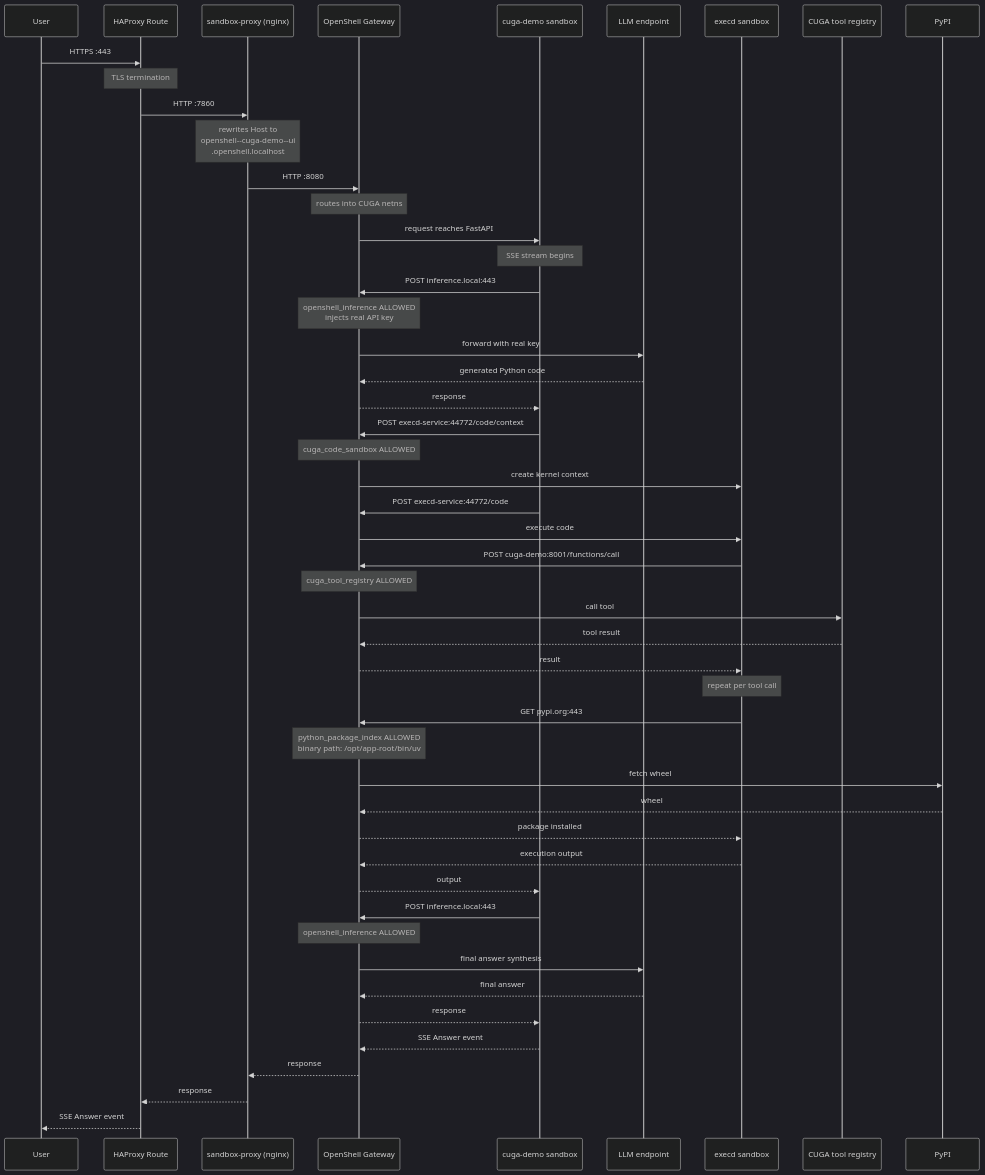
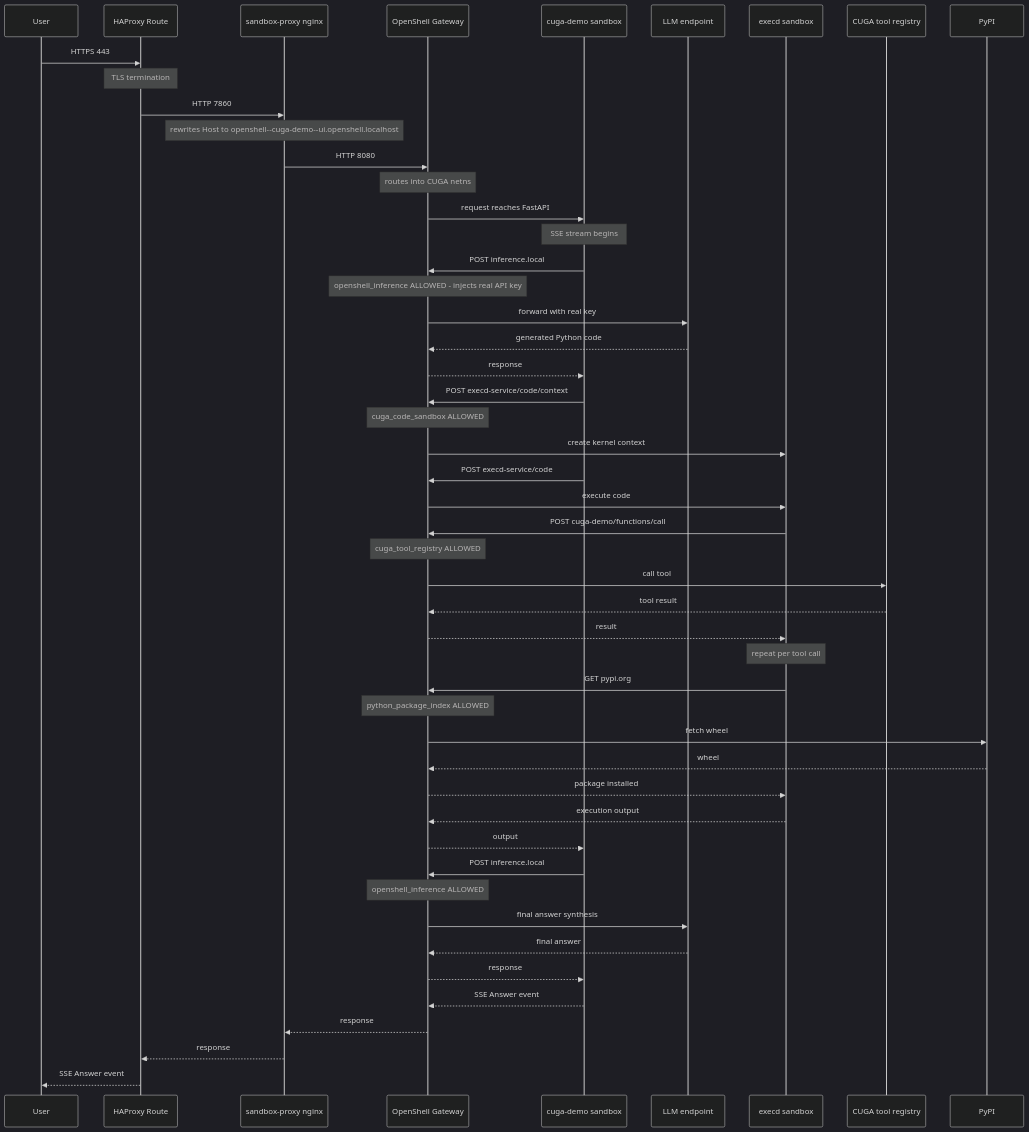
The second of 2 diagrams in sandbox/docs/HLD.md (michalu/cuga-agent), drawn with Mermaid (dark theme) before and after one commit. The commit also changed other lines of this file and 1 other file, not shown here.

````diff
--- a/sandbox/docs/HLD.md
+++ b/sandbox/docs/HLD.md
@@ -110,61 +149,61 @@
 ```mermaid
 sequenceDiagram
     participant User
     participant HAProxy as HAProxy Route
-    participant Proxy as sandbox-proxy (nginx)
+    participant Proxy as sandbox-proxy nginx
     participant GW as OpenShell Gateway
     participant CUGA as cuga-demo sandbox
     participant LLM as LLM endpoint
     participant execd as execd sandbox
     participant Tools as CUGA tool registry
     participant PyPI as PyPI
 
-    User->>HAProxy: HTTPS :443
+    User->>HAProxy: HTTPS 443
     Note over HAProxy: TLS termination
-    HAProxy->>Proxy: HTTP :7860
-    Note over Proxy: rewrites Host to<br/>openshell--cuga-demo--ui<br/>.openshell.localhost
-    Proxy->>GW: HTTP :8080
+    HAProxy->>Proxy: HTTP 7860
+    Note over Proxy: rewrites Host to openshell--cuga-demo--ui.openshell.localhost
+    Proxy->>GW: HTTP 8080
     Note over GW: routes into CUGA netns
     GW->>CUGA: request reaches FastAPI
     Note over CUGA: SSE stream begins
 
-    CUGA->>GW: POST inference.local:443
-    Note over GW: openshell_inference ALLOWED<br/>injects real API key
+    CUGA->>GW: POST inference.local
+    Note over GW: openshell_inference ALLOWED - injects real API key
     GW->>LLM: forward with real key
     LLM-->>GW: generated Python code
     GW-->>CUGA: response
 
-    CUGA->>GW: POST execd-service:44772/code/context
+    CUGA->>GW: POST execd-service/code/context
     Note over GW: cuga_code_sandbox ALLOWED
     GW->>execd: create kernel context
 
-    CUGA->>GW: POST execd-service:44772/code
+    CUGA->>GW: POST execd-service/code
     GW->>execd: execute code
 
-    execd->>GW: POST cuga-demo:8001/functions/call
+    execd->>GW: POST cuga-demo/functions/call
     Note over GW: cuga_tool_registry ALLOWED
     GW->>Tools: call tool
     Tools-->>GW: tool result
     GW-->>execd: result
     Note over execd: repeat per tool call
 
-    execd->>GW: GET pypi.org:443
-    Note over GW: python_package_index ALLOWED<br/>binary path: /opt/app-root/bin/uv
+    execd->>GW: GET pypi.org
+    Note over GW: python_package_index ALLOWED
     GW->>PyPI: fetch wheel
     PyPI-->>GW: wheel
     GW-->>execd: package installed
 
     execd-->>GW: execution output
     GW-->>CUGA: output
 
-    CUGA->>GW: POST inference.local:443
+    CUGA->>GW: POST inference.local
     Note over GW: openshell_inference ALLOWED
     GW->>LLM: final answer synthesis
     LLM-->>GW: final answer
     GW-->>CUGA: response
 
     CUGA-->>GW: SSE Answer event
     GW-->>Proxy: response
     Proxy-->>HAProxy: response
     HAProxy-->>User: SSE Answer event
 ```
````
